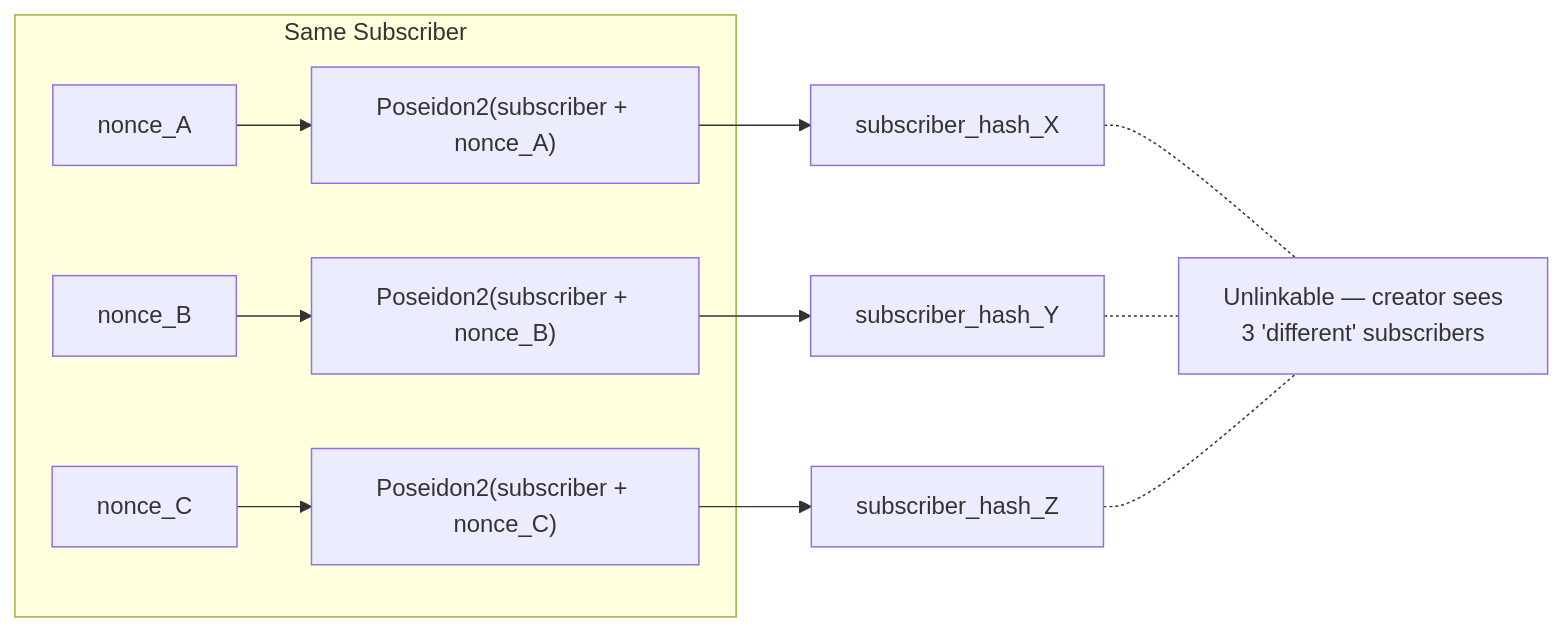
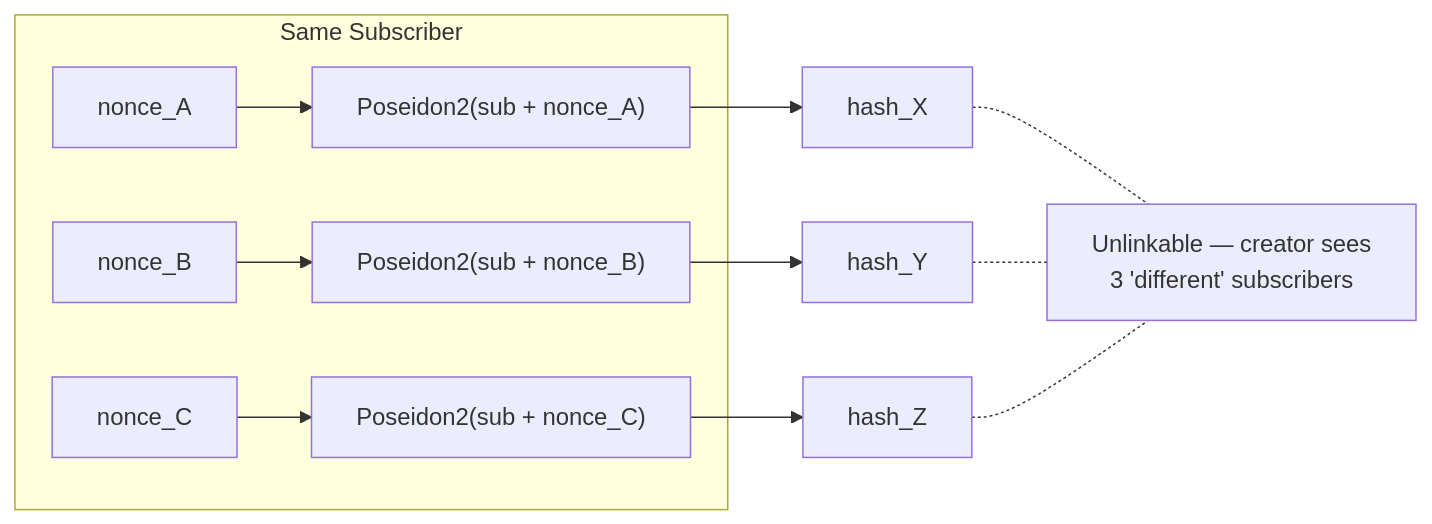
The second of 4 diagrams in README.md (Pratiikpy/Veil-Sub), drawn with Mermaid before and after one commit. The commit also changed other lines of this file, not shown here.

First line of the commit message:
polish: redesign README with badges, TOC, collapsible sections, and Mermaid diagrams

````diff
--- a/README.md
+++ b/README.md
@@ -119,16 +117,16 @@
 ```mermaid
 flowchart LR
     subgraph Same Subscriber
-        N1["nonce_A"] --> H1["Poseidon2(subscriber + nonce_A)"]
-        N2["nonce_B"] --> H2["Poseidon2(subscriber + nonce_B)"]
-        N3["nonce_C"] --> H3["Poseidon2(subscriber + nonce_C)"]
+        N1["nonce_A"] --> H1["Poseidon2(sub + nonce_A)"]
+        N2["nonce_B"] --> H2["Poseidon2(sub + nonce_B)"]
+        N3["nonce_C"] --> H3["Poseidon2(sub + nonce_C)"]
     end
 
-    H1 --> R1["subscriber_hash_X"]
-    H2 --> R2["subscriber_hash_Y"]
-    H3 --> R3["subscriber_hash_Z"]
+    H1 --> R1["hash_X"]
+    H2 --> R2["hash_Y"]
+    H3 --> R3["hash_Z"]
 
     R1 -.- U["Unlinkable — creator sees<br/>3 'different' subscribers"]
     R2 -.- U
     R3 -.- U
 ```
````
